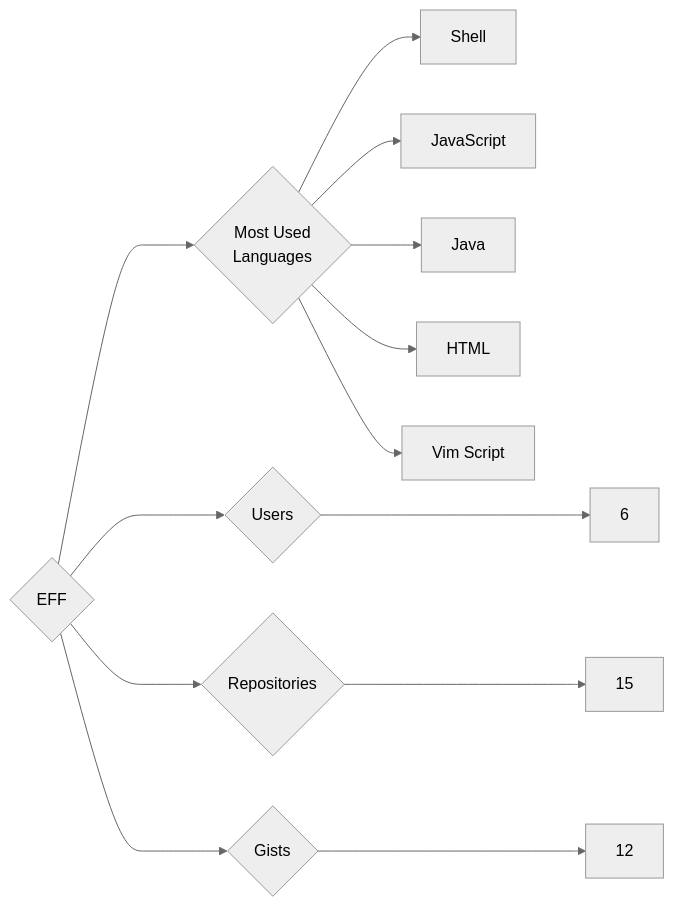
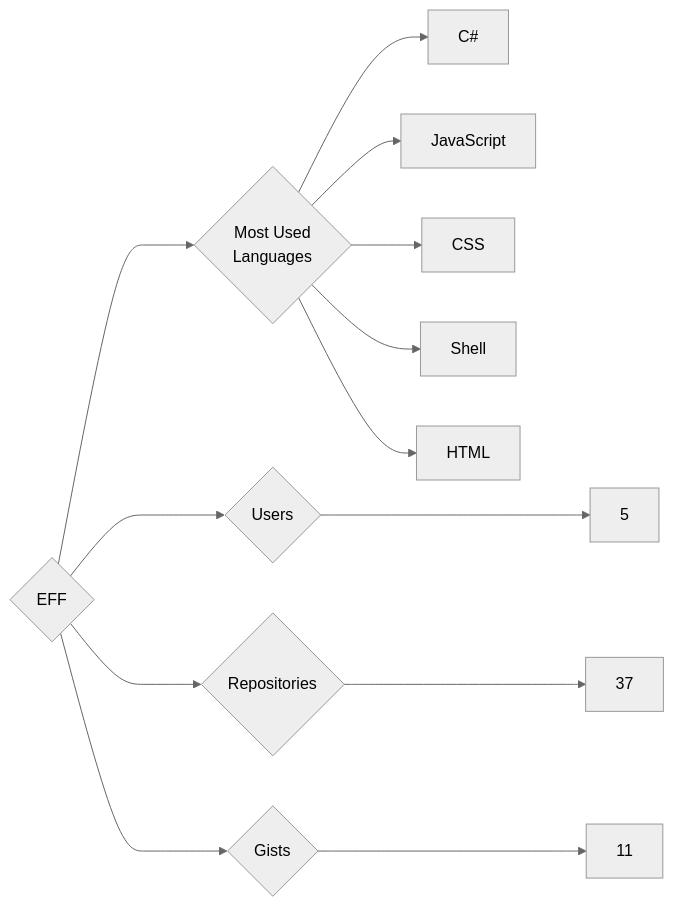
Before and after one commit to trickest/insiders: the diagram in targets/EFF/README.md, drawn with Mermaid (neutral theme). The commit also changed 657 other files, not shown here.

````diff
--- a/targets/EFF/README.md
+++ b/targets/EFF/README.md
@@ -3,13 +3,13 @@
 ```mermaid
 graph LR
 COMPANY_NAME{EFF}
-COMPANY_NAME ---> U{Users} ---> UN[6]
-COMPANY_NAME ---> R{Repositories} ---> RN[15]
-COMPANY_NAME ---> G{Gists} ---> GN[12]
+COMPANY_NAME ---> U{Users} ---> UN[5]
+COMPANY_NAME ---> R{Repositories} ---> RN[37]
+COMPANY_NAME ---> G{Gists} ---> GN[11]
 COMPANY_NAME ---> ML{Most Used<br>Languages}
+ML --> C#[C#]
+ML --> JavaScript[JavaScript]
+ML --> CSS[CSS]
 ML --> Shell[Shell]
-ML --> JavaScript[JavaScript]
-ML --> Java[Java]
 ML --> HTML[HTML]
-ML --> Vim_Script[Vim Script]
 ```
````
